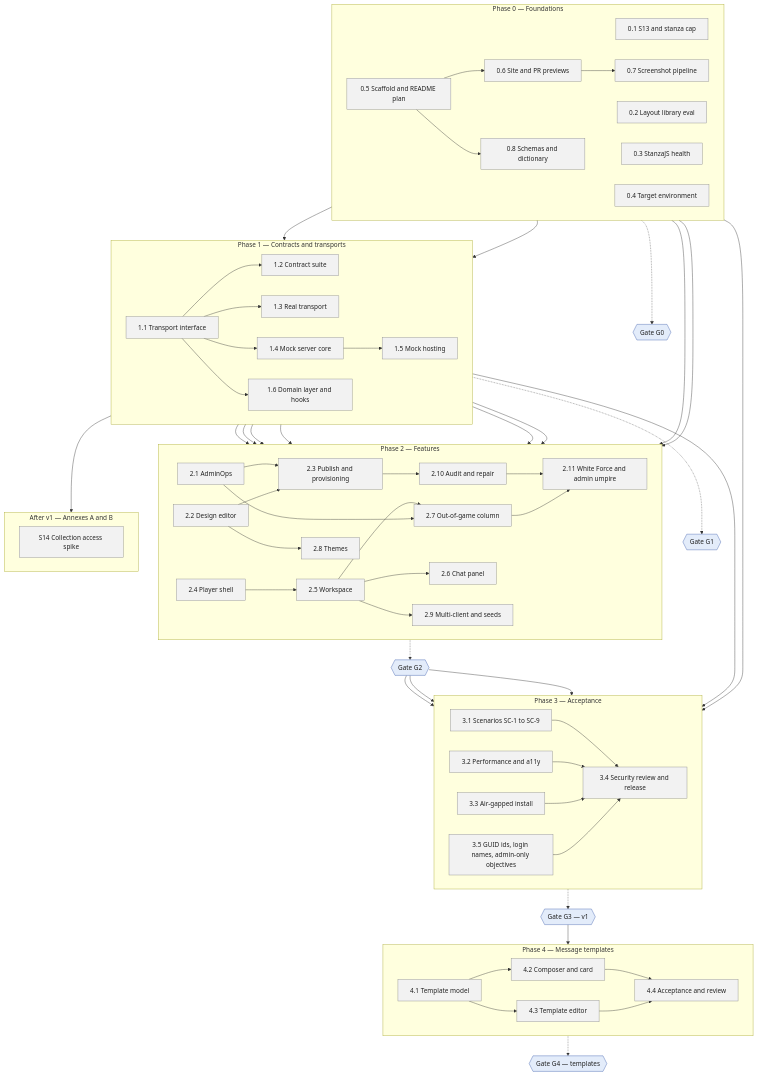
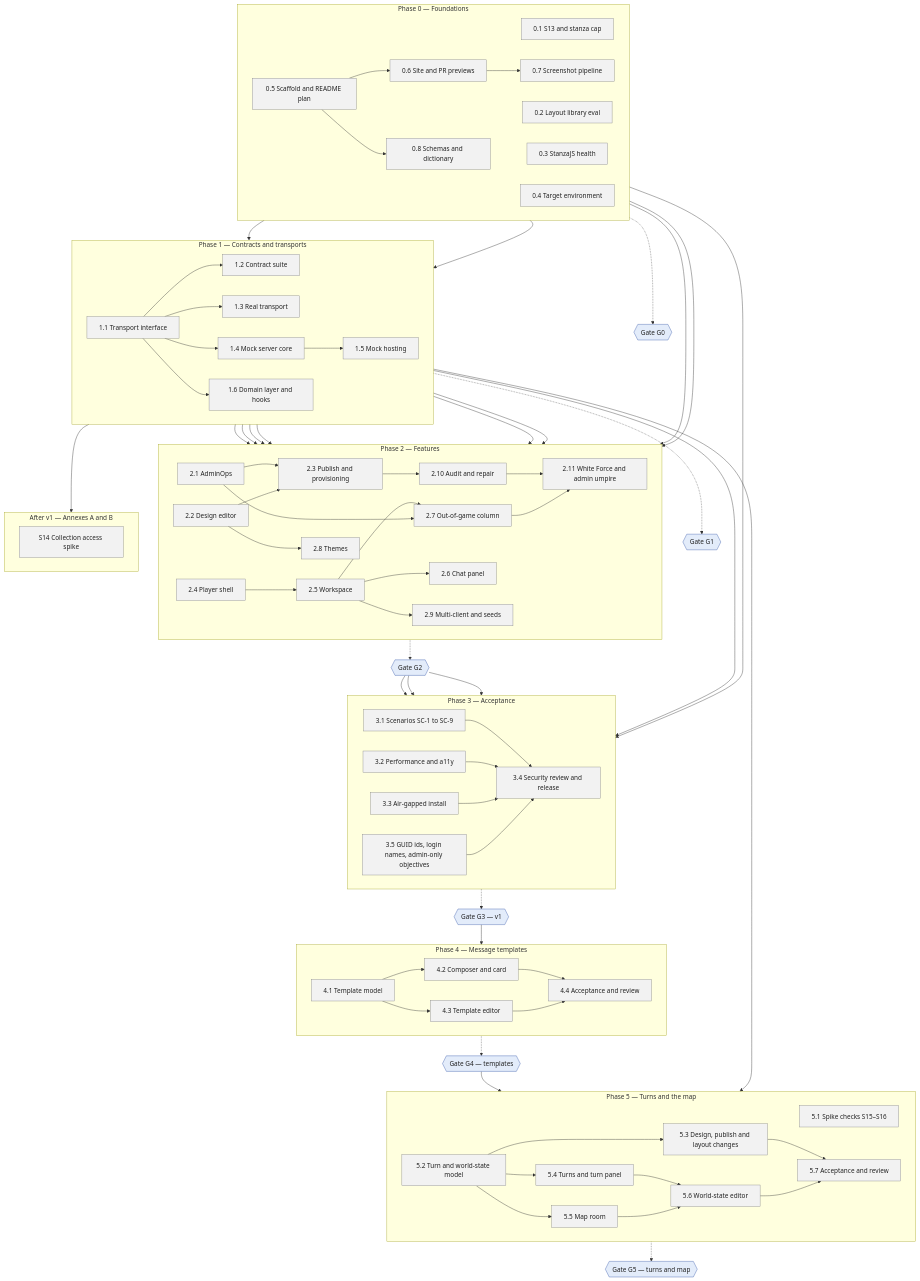
Before and after one commit to serge-web/war-rooms-x2: the diagram in WRX1-Dev-Plan.md, drawn with Mermaid. The commit also changed other lines of this file and 5 other files, not shown here.

First line of the commit message:
SRD: merge the product owner's Nov 3 revision (turns and the map); plan Phase 5

````diff
--- a/WRX1-Dev-Plan.md
+++ b/WRX1-Dev-Plan.md
@@ -153,6 +161,16 @@
         wp43["4.3 Template editor"]
         wp44["4.4 Acceptance and review"]
     end
+    subgraph P5["Phase 5 — Turns and the map"]
+        direction LR
+        wp51["5.1 Spike checks S15–S16"]
+        wp52["5.2 Turn and world-state model"]
+        wp53["5.3 Design, publish and layout changes"]
+        wp54["5.4 Turns and turn panel"]
+        wp55["5.5 Map room"]
+        wp56["5.6 World-state editor"]
+        wp57["5.7 Acceptance and review"]
+    end
     subgraph PX["After v1 — Annexes A and B"]
         direction LR
         wps14["S14 Collection access spike"]
@@ -162,6 +180,7 @@
     G2{{"Gate G2"}}
     G3{{"Gate G3 — v1"}}
     G4{{"Gate G4 — templates"}}
+    G5{{"Gate G5 — turns and map"}}
 
     wp05 --> wp06 --> wp07
     wp05 --> wp08
@@ -190,11 +209,17 @@
     wp41 --> wp42 & wp43
     wp42 & wp43 --> wp44
     P4 -.-> G4
+    G4 --> wp52
+    wp12 --> wp51
+    wp52 --> wp53 & wp54 & wp55
+    wp54 & wp55 --> wp56
+    wp53 & wp56 --> wp57
+    P5 -.-> G5
 
     classDef todo fill:#f2f2f2,stroke:#888,color:#222
     classDef active fill:#fff1c2,stroke:#c9a000,color:#222,stroke-width:2px
     classDef done fill:#d6f0dc,stroke:#2e7d32,color:#222
     classDef gate fill:#e3ecfa,stroke:#3b5bab,color:#222
-    class wp01,wp02,wp03,wp04,wp05,wp06,wp07,wp08,wp11,wp12,wp13,wp14,wp15,wp16,wp21,wp22,wp23,wp210,wp211,wp24,wp25,wp26,wp27,wp28,wp29,wp31,wp32,wp33,wp34,wp35,wps14,wp41,wp42,wp43,wp44 todo
-    class G0,G1,G2,G3,G4 gate
+    class wp01,wp02,wp03,wp04,wp05,wp06,wp07,wp08,wp11,wp12,wp13,wp14,wp15,wp16,wp21,wp22,wp23,wp210,wp211,wp24,wp25,wp26,wp27,wp28,wp29,wp31,wp32,wp33,wp34,wp35,wps14,wp41,wp42,wp43,wp44,wp51,wp52,wp53,wp54,wp55,wp56,wp57 todo
+    class G0,G1,G2,G3,G4,G5 gate
 ```
````
